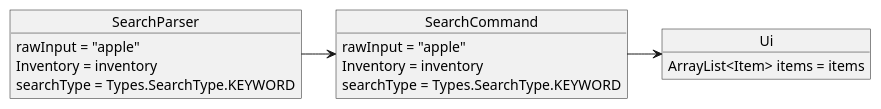
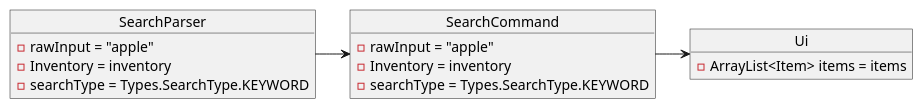
Before and after one commit to nus-cs2113-AY2223S2/tp: the diagram in docs/UML/Search/SearchStep5.puml, drawn with PlantUML. The commit also changed 20 other files, not shown here.

Commit message:
Small changes to uml diagrams for search and filter

```diff
--- a/docs/UML/Search/SearchStep5.puml
+++ b/docs/UML/Search/SearchStep5.puml
@@ -1,23 +1,23 @@
 @startuml
 'https://plantuml.com/object-diagram
 
 object SearchParser{
-    rawInput = "apple"
-    Inventory = inventory
-    searchType = Types.SearchType.KEYWORD
+    - rawInput = "apple"
+    - Inventory = inventory
+    - searchType = Types.SearchType.KEYWORD
 }
 
 object SearchCommand{
-    rawInput = "apple"
-    Inventory = inventory
-    searchType = Types.SearchType.KEYWORD
+    - rawInput = "apple"
+    - Inventory = inventory
+    - searchType = Types.SearchType.KEYWORD
 }
 
 object Ui{
-    ArrayList<Item> items = items
+    - ArrayList<Item> items = items
 }
 
 SearchParser -> SearchCommand
 SearchCommand -> Ui
 
 @enduml
```
